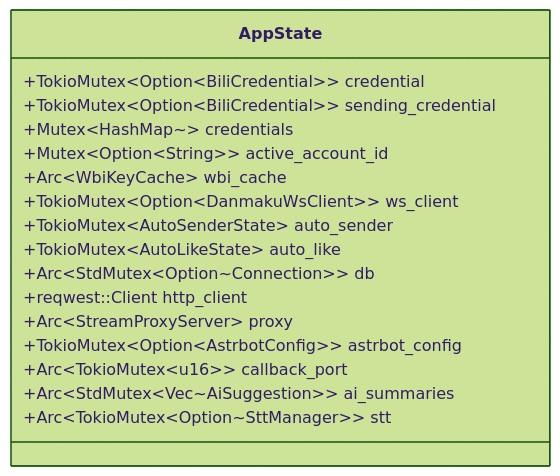
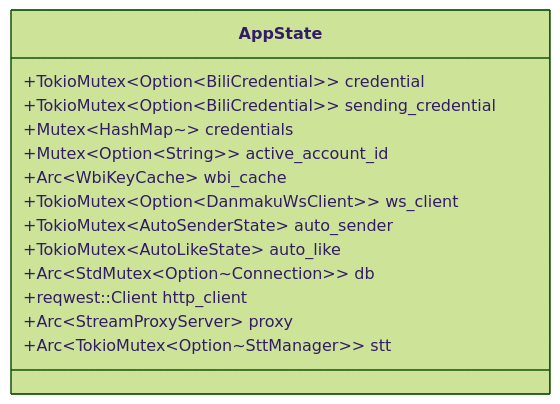
One commit to sfqy211/bilidanmu changed the second of 2 diagrams in docs/architecture/backend.md. Above: the diagram before and after it, drawn with Mermaid (forest theme). The commit also changed other lines of this file and 27 other files, not shown here.

````diff
--- a/docs/architecture/backend.md
+++ b/docs/architecture/backend.md
@@ -104,20 +103,17 @@
 ```mermaid
 classDiagram
     class AppState {
         +TokioMutex~Option~BiliCredential~~ credential
         +TokioMutex~Option~BiliCredential~~ sending_credential
         +Mutex~HashMap~~ credentials
         +Mutex~Option~String~~ active_account_id
         +Arc~WbiKeyCache~ wbi_cache
         +TokioMutex~Option~DanmakuWsClient~~ ws_client
         +TokioMutex~AutoSenderState~ auto_sender
         +TokioMutex~AutoLikeState~ auto_like
         +Arc~StdMutex~Option~Connection~~ db
         +reqwest::Client http_client
         +Arc~StreamProxyServer~ proxy
-        +TokioMutex~Option~AstrbotConfig~~ astrbot_config
-        +Arc~TokioMutex~u16~~ callback_port
-        +Arc~StdMutex~Vec~AiSuggestion~~ ai_summaries
         +Arc~TokioMutex~Option~SttManager~~ stt
     }
 ```
````
